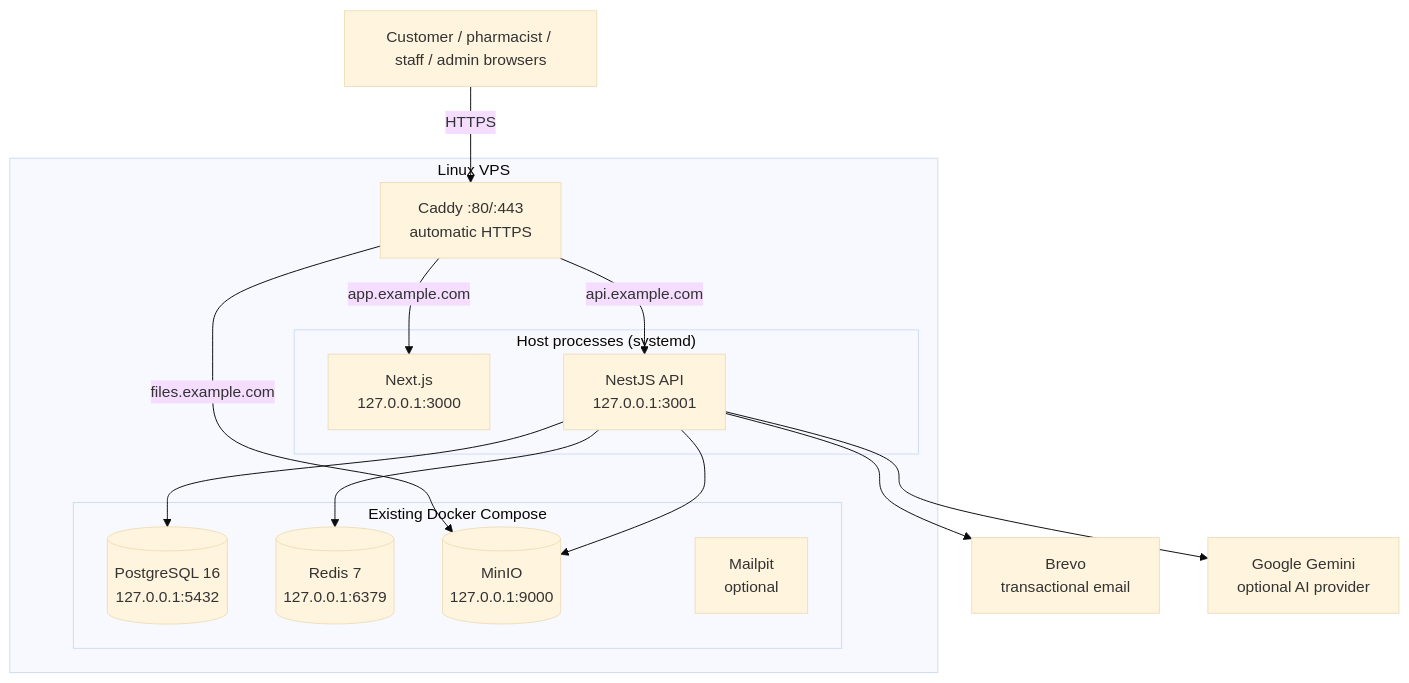
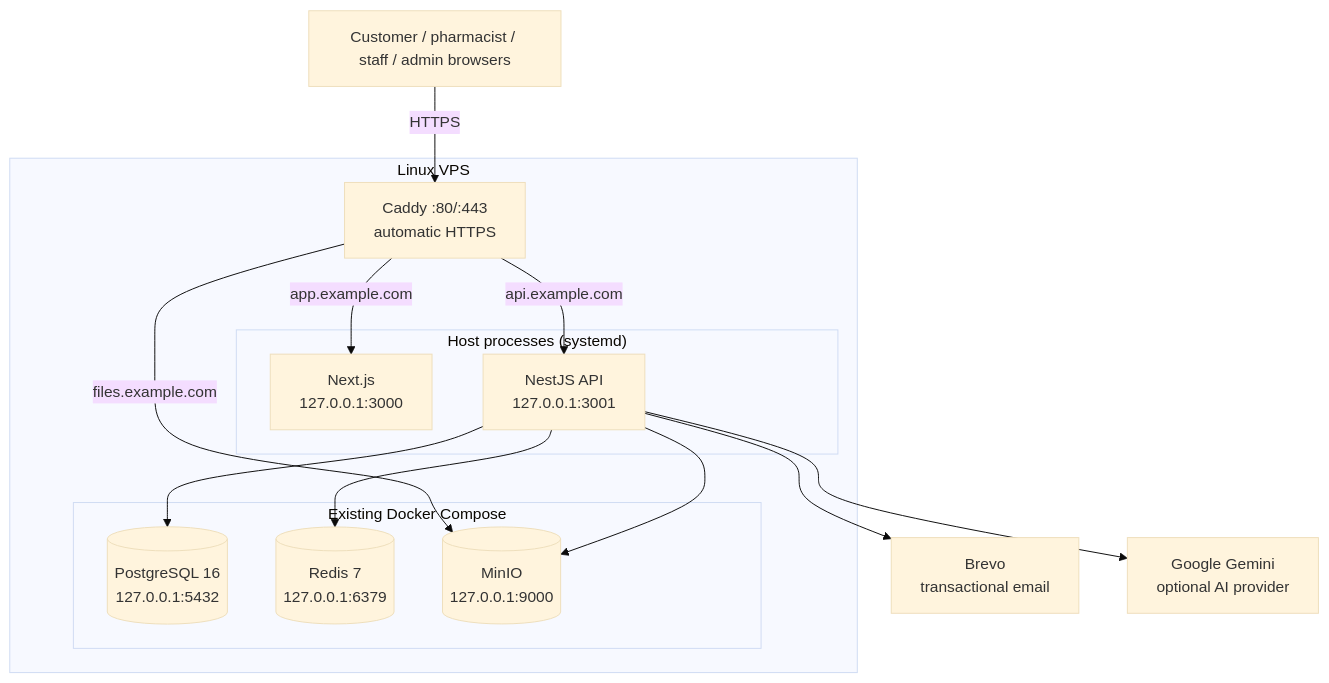
Before and after one commit to Anujanthwal-dotcom/assignment-isocode-labs: the diagram in deployment.md, drawn with Mermaid (base theme). The commit also changed other lines of this file and 5 other files, not shown here.

Commit message:
docs: update deployment guides, system audit, and architecture specifications

````diff
--- a/deployment.md
+++ b/deployment.md
@@ -17,34 +17,33 @@
 ```mermaid
 flowchart TB
     Browser["Customer / pharmacist / staff / admin browsers"]
 
     subgraph VPS["Linux VPS"]
         Caddy["Caddy :80/:443<br/>automatic HTTPS"]
 
         subgraph Host["Host processes (systemd)"]
             Web["Next.js<br/>127.0.0.1:3000"]
             API["NestJS API<br/>127.0.0.1:3001"]
         end
 
         subgraph Docker["Existing Docker Compose"]
             Postgres[("PostgreSQL 16<br/>127.0.0.1:5432")]
             Redis[("Redis 7<br/>127.0.0.1:6379")]
             MinIO[("MinIO<br/>127.0.0.1:9000")]
-            Mailpit["Mailpit<br/>optional"]
         end
     end
 
     Brevo["Brevo<br/>transactional email"]
     Gemini["Google Gemini<br/>optional AI provider"]
 
     Browser -->|HTTPS| Caddy
     Caddy -->|app.example.com| Web
     Caddy -->|api.example.com| API
     Caddy -->|files.example.com| MinIO
 
     API --> Postgres
     API --> Redis
     API --> MinIO
     API --> Brevo
     API --> Gemini
 ```
````
